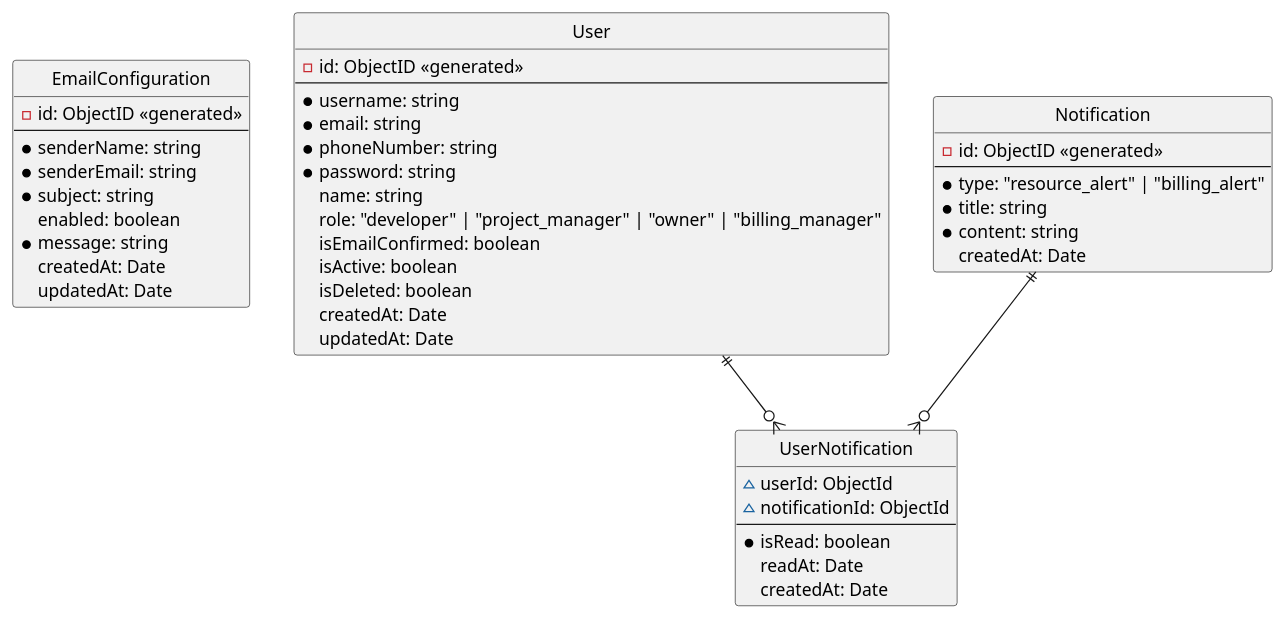
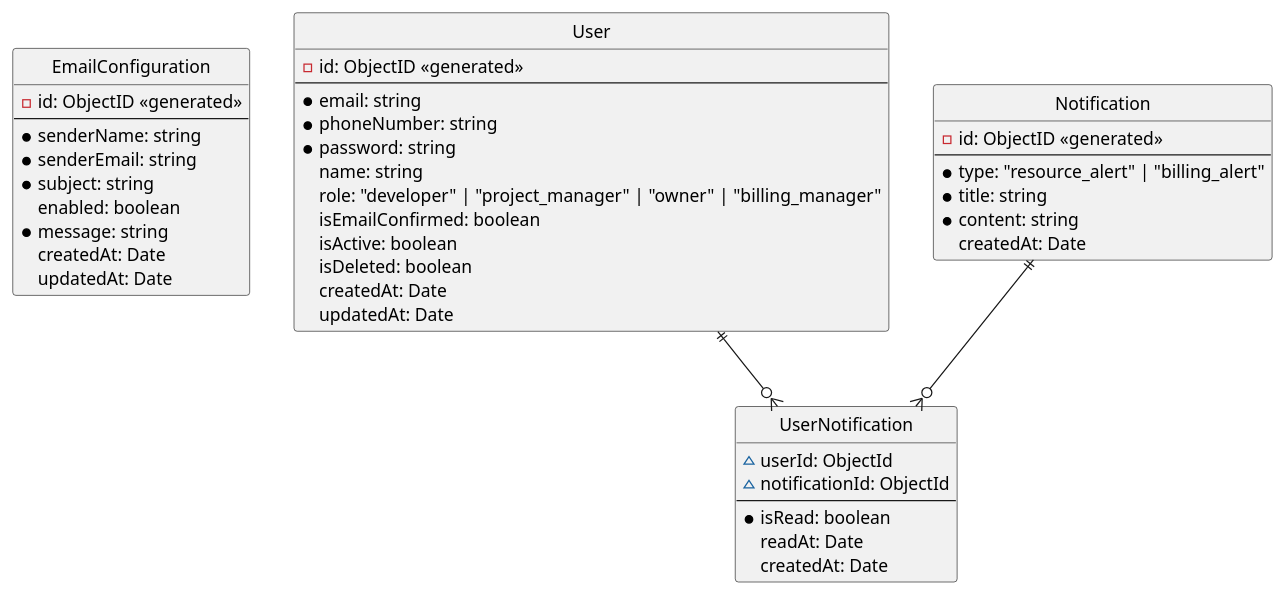
Before and after one commit to felixnguyen678/f0-capstone-project-backend: the diagram in docs/database/ERD.puml, drawn with PlantUML.

Commit message:
hotfix | fix User entity by removing username field

```diff
--- a/docs/database/ERD.puml
+++ b/docs/database/ERD.puml
@@ -1,55 +1,54 @@
  @startuml Manage Cloud
 hide circle
 ' skinparam linetype ortho
 
 
 entity EmailConfiguration {
   -id: ObjectID <<generated>>
   --
   *senderName: string
   *senderEmail: string
   *subject: string
   enabled: boolean
   *message: string
   createdAt: Date
   updatedAt: Date
 }
 
 
 entity User {
   -id: ObjectID <<generated>>
   --
-  *username: string
   *email: string
   *phoneNumber: string
   *password: string
   name: string
   role: "developer" | "project_manager" | "owner" | "billing_manager"
   isEmailConfirmed: boolean
   isActive: boolean
   isDeleted: boolean
   createdAt: Date
   updatedAt: Date
 }
 
 entity Notification {
   -id: ObjectID <<generated>>
   --
   *type: "resource_alert" | "billing_alert"
   *title: string
   *content: string
   createdAt: Date
 }
 
 entity UserNotification {
   ~userId: ObjectId
   ~notificationId: ObjectId
   --
   *isRead: boolean
   readAt: Date
   createdAt: Date
 }
 
 User ||--o{ UserNotification
 Notification ||--o{ UserNotification
 @enduml
```
